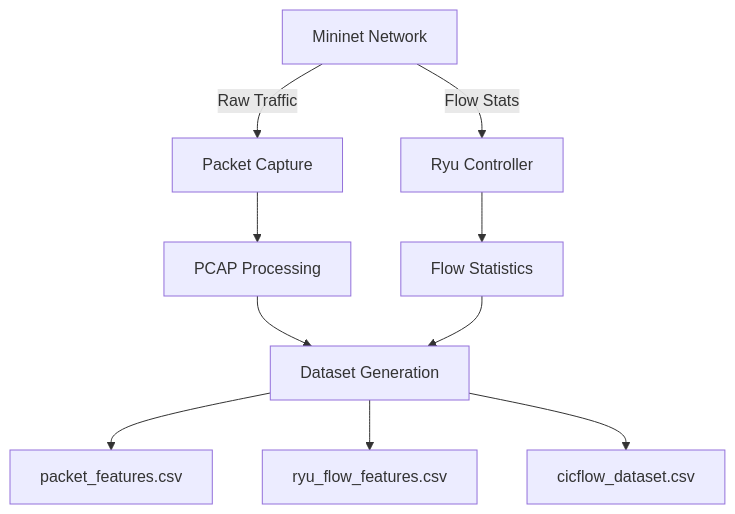
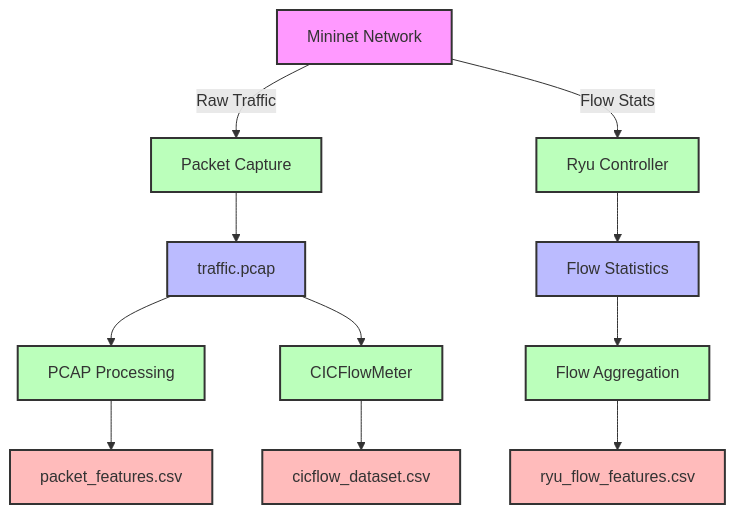
Before and after one commit to nqmn/adddosdn: the diagram in dataset_generation/README.md, drawn with Mermaid. The commit also changed other lines of this file, not shown here.

````diff
--- a/dataset_generation/README.md
+++ b/dataset_generation/README.md
@@ -40,12 +40,32 @@
 ```mermaid
 graph TD
+    %% Network Layer
     A[Mininet Network] -->|Raw Traffic| B[Packet Capture]
     A -->|Flow Stats| C[Ryu Controller]
-    B --> D[PCAP Processing]
+    
+    %% Data Collection
+    B --> D[traffic.pcap]
     C --> E[Flow Statistics]
-    D --> F[Dataset Generation]
-    E --> F
+    
+    %% Dataset Generation Paths
+    D --> F[PCAP Processing]
     F --> G[packet_features.csv]
-    F --> H[ryu_flow_features.csv]
-    F --> I[cicflow_dataset.csv]
+    
+    D --> H[CICFlowMeter]
+    H --> I[cicflow_dataset.csv]
+    
+    E --> J[Flow Aggregation]
+    J --> K[ryu_flow_features.csv]
+    
+    %% Legend
+    classDef network fill:#f9f,stroke:#333,stroke-width:2px;
+    classDef data fill:#bbf,stroke:#333,stroke-width:2px;
+    classDef process fill:#bfb,stroke:#333,stroke-width:2px;
+    classDef dataset fill:#fbb,stroke:#333,stroke-width:2px;
+    
+    class A network;
+    class B,C process;
+    class D,E data;
+    class F,H,J process;
+    class G,I,K dataset;
 ```
````
